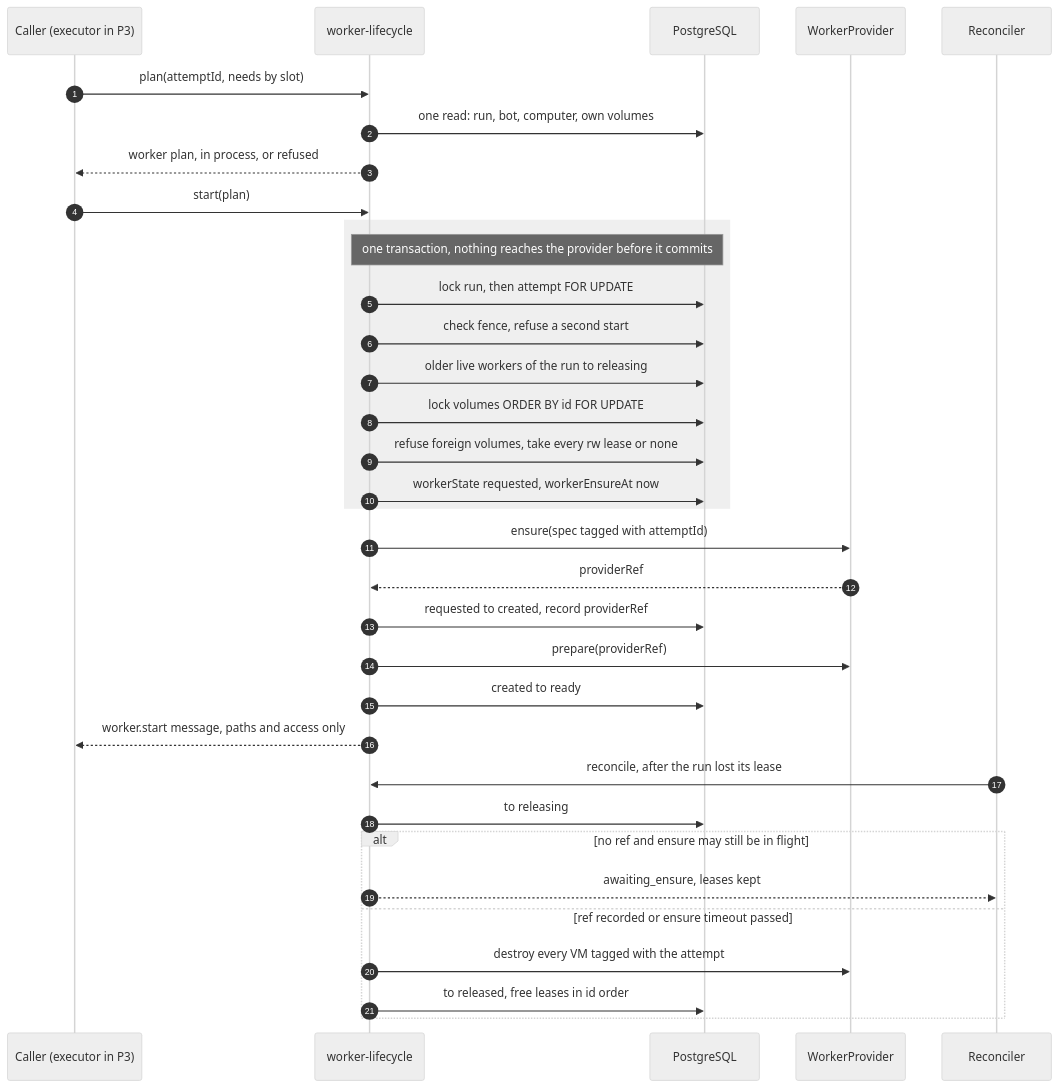
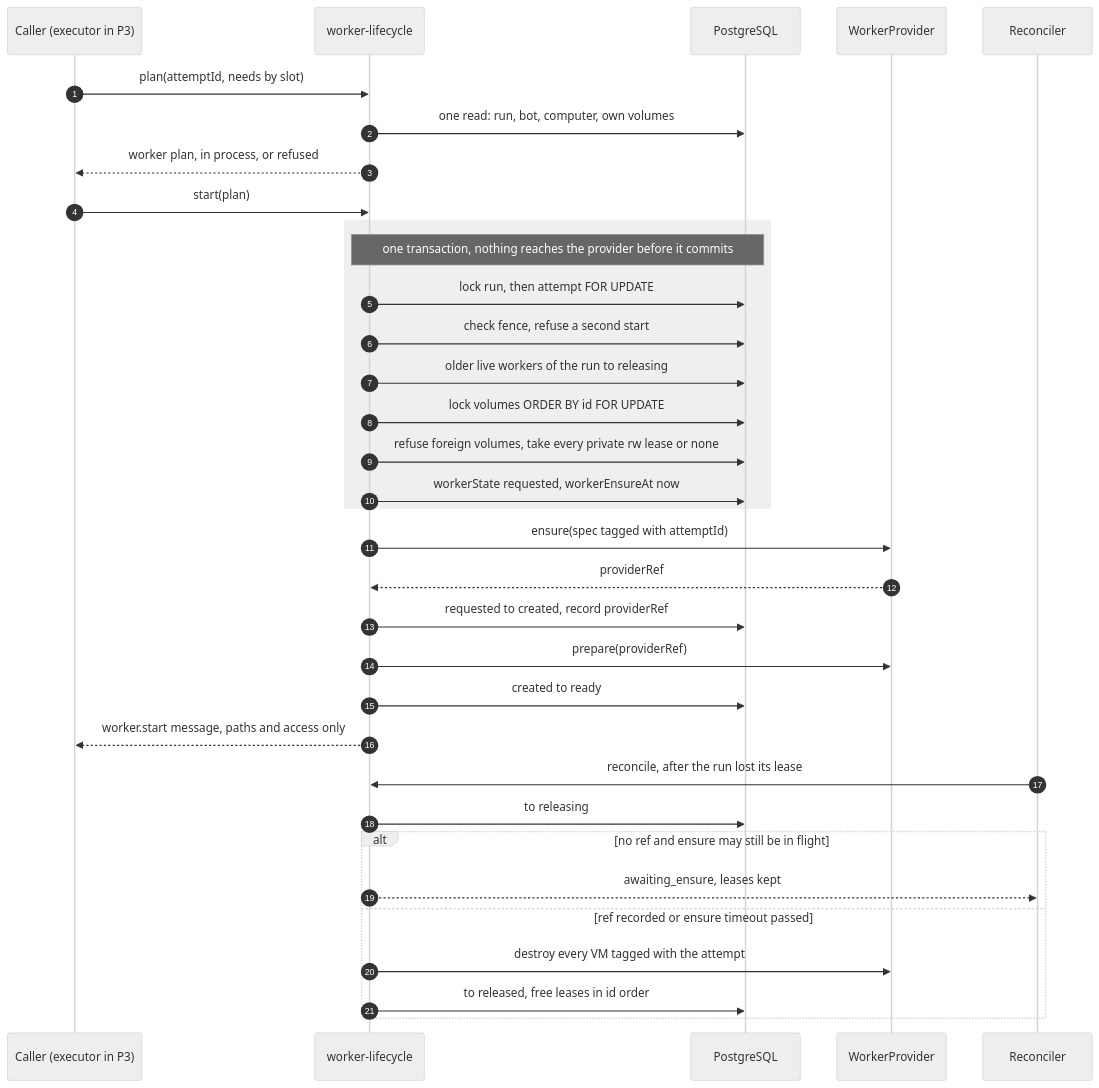
One commit to RomainJeff/tangow-bot changed the fourth of 4 diagrams in docs/implementation/pi-e2b/P1-handoff.md. Above: the diagram before and after it, drawn with Mermaid (neutral theme). The commit also changed other lines of this file and 6 other files, not shown here.

````diff
--- a/docs/implementation/pi-e2b/P1-handoff.md
+++ b/docs/implementation/pi-e2b/P1-handoff.md
@@ -130,39 +130,39 @@
 ```mermaid
 sequenceDiagram
   autonumber
   participant Executor as Caller (executor in P3)
   participant Lifecycle as worker-lifecycle
   participant DB as PostgreSQL
   participant Provider as WorkerProvider
   participant Reconciler
 
   Executor->>Lifecycle: plan(attemptId, needs by slot)
   Lifecycle->>DB: one read: run, bot, computer, own volumes
   Lifecycle-->>Executor: worker plan, in process, or refused
 
   Executor->>Lifecycle: start(plan)
   rect rgba(127, 127, 127, 0.12)
     Note over Lifecycle,DB: one transaction, nothing reaches the provider before it commits
     Lifecycle->>DB: lock run, then attempt FOR UPDATE
     Lifecycle->>DB: check fence, refuse a second start
     Lifecycle->>DB: older live workers of the run to releasing
     Lifecycle->>DB: lock volumes ORDER BY id FOR UPDATE
-    Lifecycle->>DB: refuse foreign volumes, take every rw lease or none
+    Lifecycle->>DB: refuse foreign volumes, take every private rw lease or none
     Lifecycle->>DB: workerState requested, workerEnsureAt now
   end
   Lifecycle->>Provider: ensure(spec tagged with attemptId)
   Provider-->>Lifecycle: providerRef
   Lifecycle->>DB: requested to created, record providerRef
   Lifecycle->>Provider: prepare(providerRef)
   Lifecycle->>DB: created to ready
   Lifecycle-->>Executor: worker.start message, paths and access only
 
   Reconciler->>Lifecycle: reconcile, after the run lost its lease
   Lifecycle->>DB: to releasing
   alt no ref and ensure may still be in flight
     Lifecycle-->>Reconciler: awaiting_ensure, leases kept
   else ref recorded or ensure timeout passed
     Lifecycle->>Provider: destroy every VM tagged with the attempt
     Lifecycle->>DB: to released, free leases in id order
   end
 ```
````
